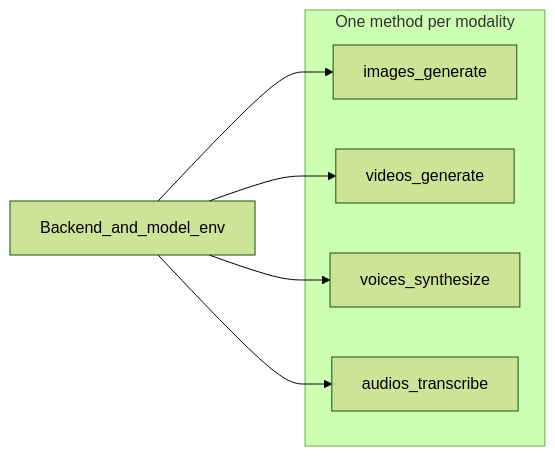
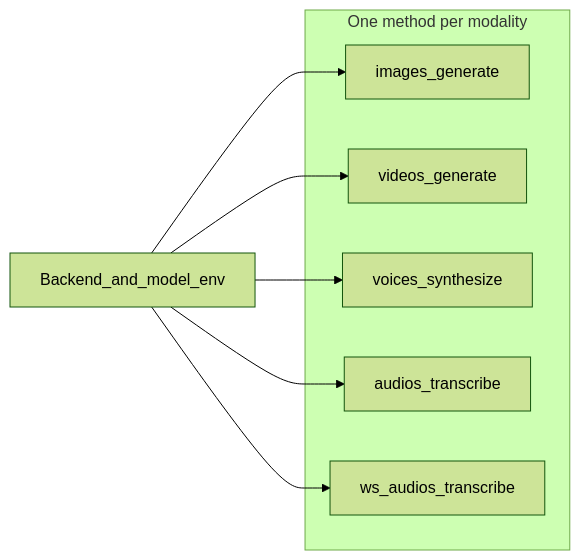
One commit to felixzhu97/explore-ml changed diagram 20 of 22 in docs/Guideline.md. Above: the diagram before and after it, drawn with Mermaid (forest theme). The commit also changed other lines of this file and 6 other files, not shown here.

````diff
--- a/docs/Guideline.md
+++ b/docs/Guideline.md
@@ -461,14 +464,16 @@
 ```mermaid
 flowchart LR
   subgraph routes [One method per modality]
     Img[images_generate]
     Vid[videos_generate]
     Tts[voices_synthesize]
     Asr[audios_transcribe]
+    AsrWs[ws_audios_transcribe]
   end
   Config[Backend_and_model_env]
   Config --> Img
   Config --> Vid
   Config --> Tts
   Config --> Asr
+  Config --> AsrWs
 ```
````
